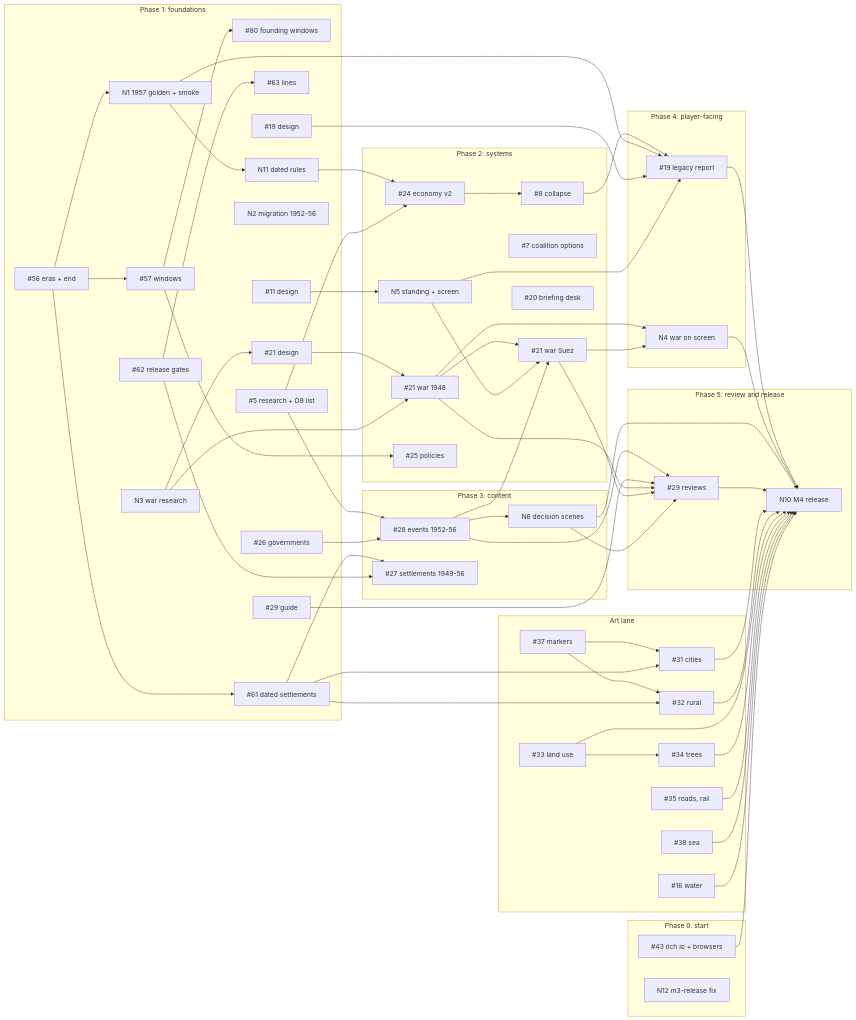
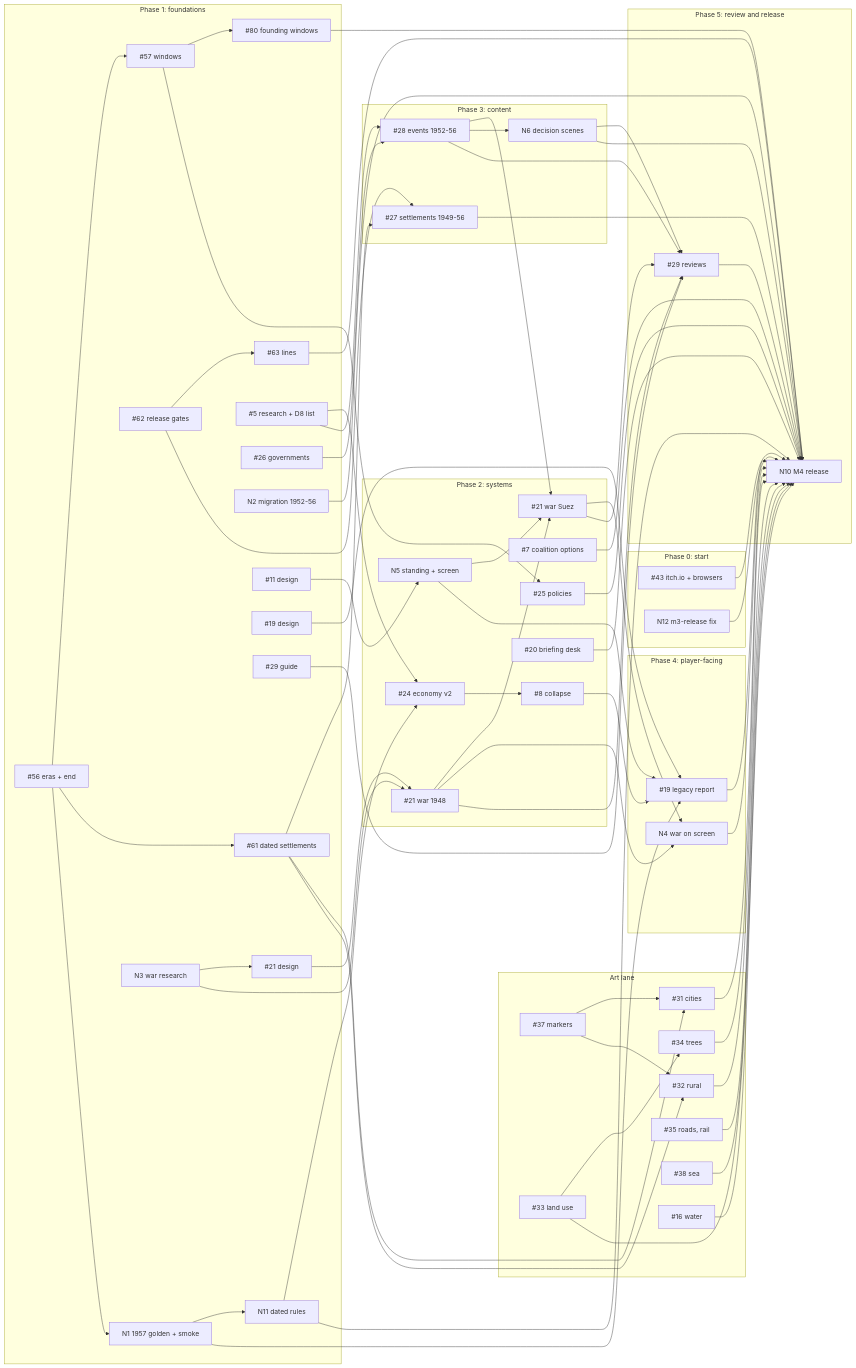
One commit to EllaSharakanski/statecraft-israel changed the diagram in docs/superpowers/plans/2026-10-10-m4-plan.md. Above: the diagram before and after it, drawn with Mermaid. The commit also changed other lines of this file, not shown here.

````diff
--- a/docs/superpowers/plans/2026-10-10-m4-plan.md
+++ b/docs/superpowers/plans/2026-10-10-m4-plan.md
@@ -220,4 +220,13 @@
   a38 --> N10
   a16 --> N10
   i43 --> N10
+  i7 --> N10
+  i20 --> N10
+  i25 --> N10
+  i27 --> N10
+  i63 --> N10
+  N2 --> N10
+  N12 --> N10
+  i80 --> N10
+  N11 --> N10
 ```
````
